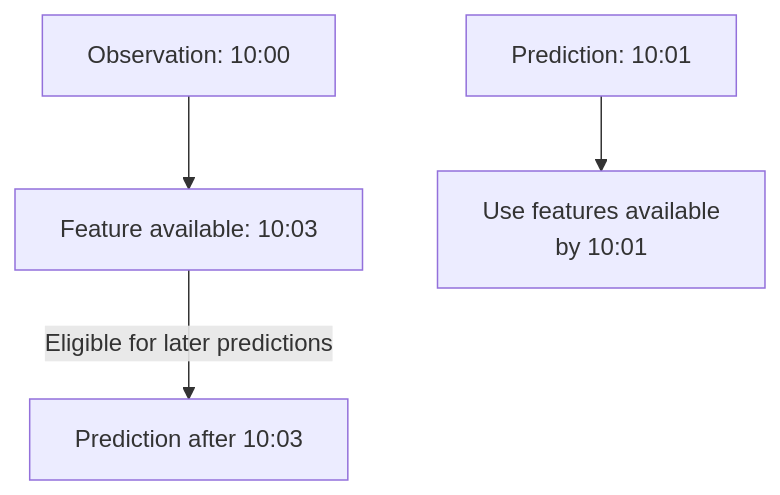
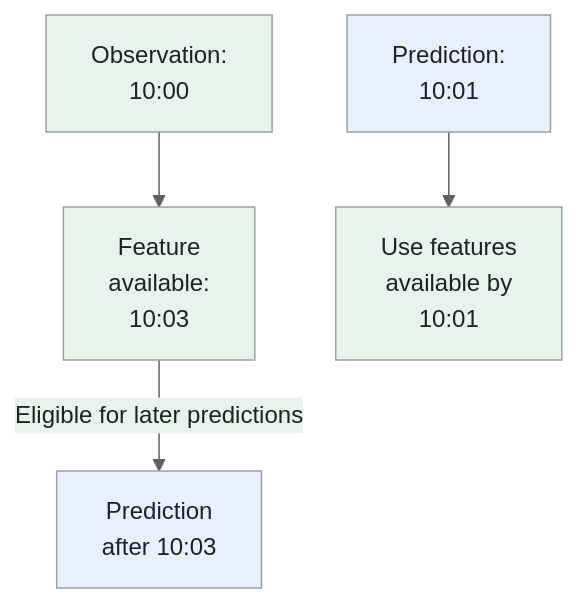
The fifth of 5 diagrams in _designs/ml-system-design-eta-arrival-time-prediction.md (iliazlobin/iliazlobin.github.io), drawn with Mermaid before and after one commit. The commit also changed other lines of this file and 131 other files, not shown here.

````diff
--- a/_designs/ml-system-design-eta-arrival-time-prediction.md
+++ b/_designs/ml-system-design-eta-arrival-time-prediction.md
@@ -241,6 +312,13 @@
 ```mermaid
+%%{init: {'theme':'base','themeVariables':{'primaryColor':'#e8f0fe','primaryTextColor':'#202124','primaryBorderColor':'#9aa0a6','lineColor':'#5f6368','secondaryColor':'#e6f4ea','tertiaryColor':'#fef7e0','actorBkg':'#e8f0fe','actorBorder':'#9aa0a6','actorTextColor':'#202124','noteBkgColor':'#fef7e0','noteTextColor':'#202124','noteBorderColor':'#9aa0a6','signalColor':'#5f6368','signalTextColor':'#202124','labelBoxBkgColor':'#fef7e0','labelBoxBorderColor':'#9aa0a6'}}}%%
 flowchart TB
-  O["Observation: 10:00"] --> A["Feature available: 10:03"]
-  P["Prediction: 10:01"] --> SNAP["Use features available<br/>by 10:01"]
-  A -->|"Eligible for later predictions"| L["Prediction after 10:03"]
+  O["Observation:<br>10:00"] --> A["Feature<br>available:<br>10:03"]
+  P["Prediction:<br>10:01"] --> SNAP["Use features<br>available by<br>10:01"]
+  A -->|"Eligible for later predictions"| L["Prediction<br>after 10:03"]
+classDef request fill:#e8f0fe,stroke:#9aa0a6,color:#202124;
+classDef data fill:#e6f4ea,stroke:#9aa0a6,color:#202124;
+classDef control fill:#fef7e0,stroke:#9aa0a6,color:#202124;
+class P,L request;
+class O,A,SNAP data;
+
 ```
````
